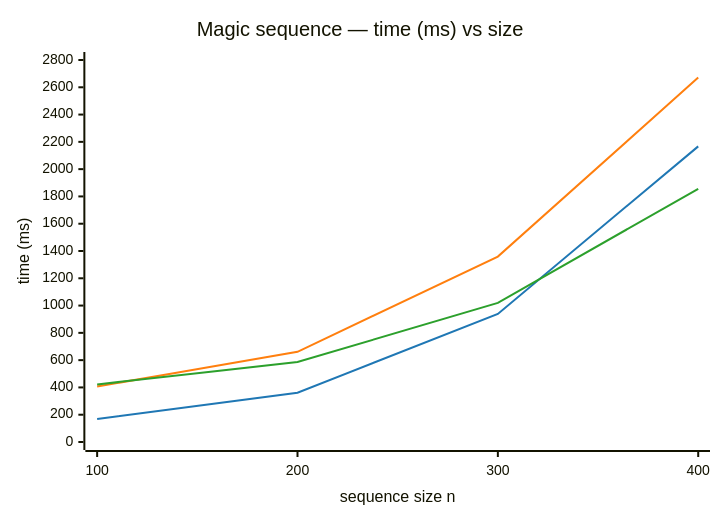
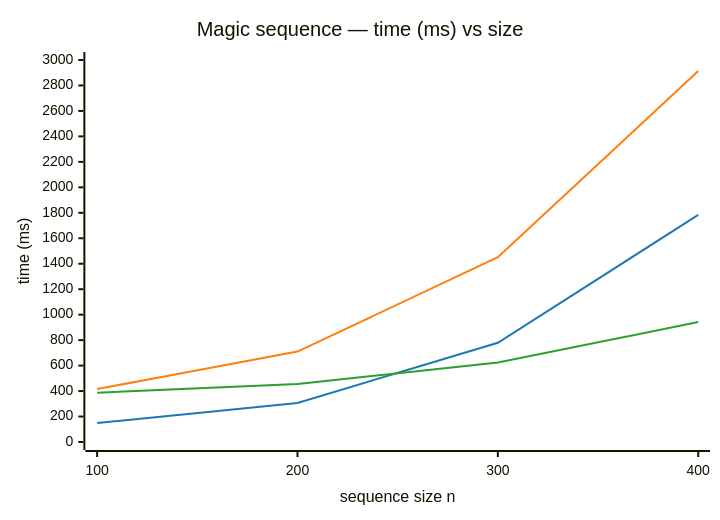
One commit to yangeorget/nucs changed the fourth of 5 diagrams in articles/NuCS vs Choco/nucs-vs-choco.md. Above: the diagram before and after it, drawn with Mermaid. The commit also changed other lines of this file and 5 other files, not shown here.

````diff
--- a/articles/NuCS vs Choco/nucs-vs-choco.md
+++ b/articles/NuCS vs Choco/nucs-vs-choco.md
@@ -272,10 +363,10 @@
 ```mermaid
 %%{init: {"themeVariables": {"xyChart": {"plotColorPalette": "#1f77b4, #ff7f0e, #2ca02c"}}}}%%
 xychart-beta
     title "Magic sequence — time (ms) vs size"
     x-axis "sequence size n" [100, 200, 300, 400]
-    y-axis "time (ms)" 0 --> 2800
-    line [168, 361, 939, 2167]
-    line [407, 661, 1359, 2671]
-    line [422, 586, 1020, 1856]
+    y-axis "time (ms)" 0 --> 3000
+    line [149, 307, 779, 1783]
+    line [416, 710, 1451, 2913]
+    line [387, 455, 624, 942]
 ```
````
